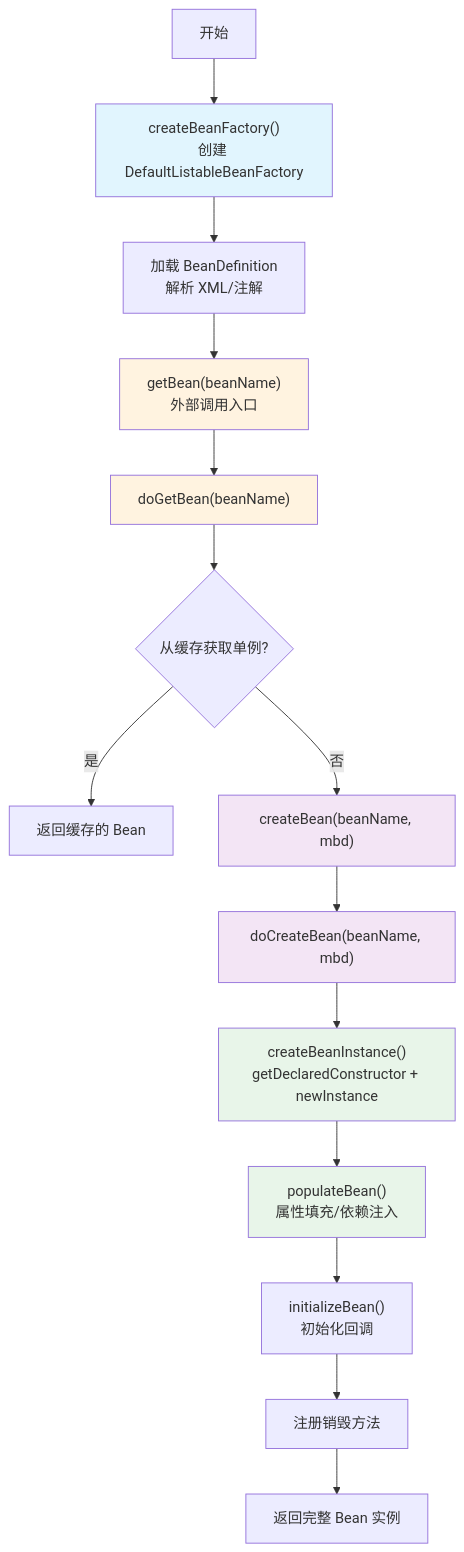
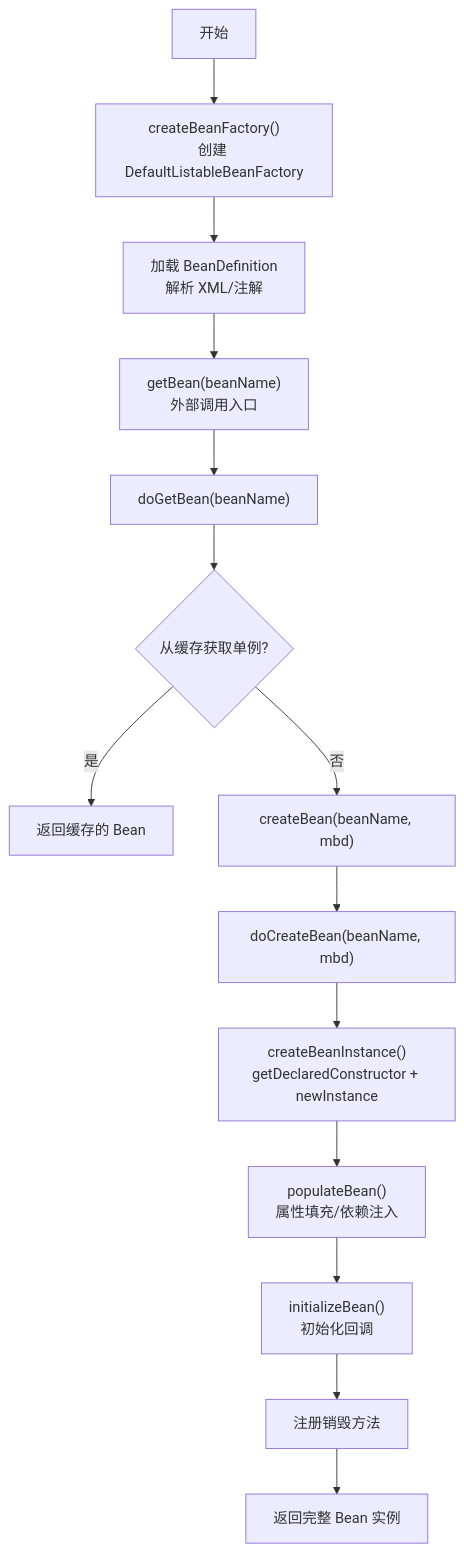
One commit to LinBlink/lv_blog changed the first of 6 diagrams in content/posts/programming/spring-interview-questions.md. Above: the diagram before and after it, drawn with Mermaid. The commit also changed other lines of this file and 1 other file, not shown here.

````diff
--- a/content/posts/programming/spring-interview-questions.md
+++ b/content/posts/programming/spring-interview-questions.md
@@ -26,26 +26,18 @@
 ``` mermaid
 flowchart TD
     A[开始] --> B["createBeanFactory()<br/>创建 DefaultListableBeanFactory"]
     B --> C[加载 BeanDefinition<br/>解析 XML/注解]
     C --> D["getBean(beanName)<br/>外部调用入口"]
 
     D --> E["doGetBean(beanName)"]
     E --> F{从缓存获取单例?}
     F -->|是| G[返回缓存的 Bean]
     F -->|否| H["createBean(beanName, mbd)"]
 
     H --> I["doCreateBean(beanName, mbd)"]
     I --> J["createBeanInstance()<br/>getDeclaredConstructor + newInstance"]
     J --> K["populateBean()<br/>属性填充/依赖注入"]
     K --> L["initializeBean()<br/>初始化回调"]
     L --> M[注册销毁方法]
     M --> N[返回完整 Bean 实例]
-
-    style B fill:#e1f5fe
-    style D fill:#fff3e0
-    style E fill:#fff3e0
-    style H fill:#f3e5f5
-    style I fill:#f3e5f5
-    style J fill:#e8f5e9
-    style K fill:#e8f5e9
 ```
````
